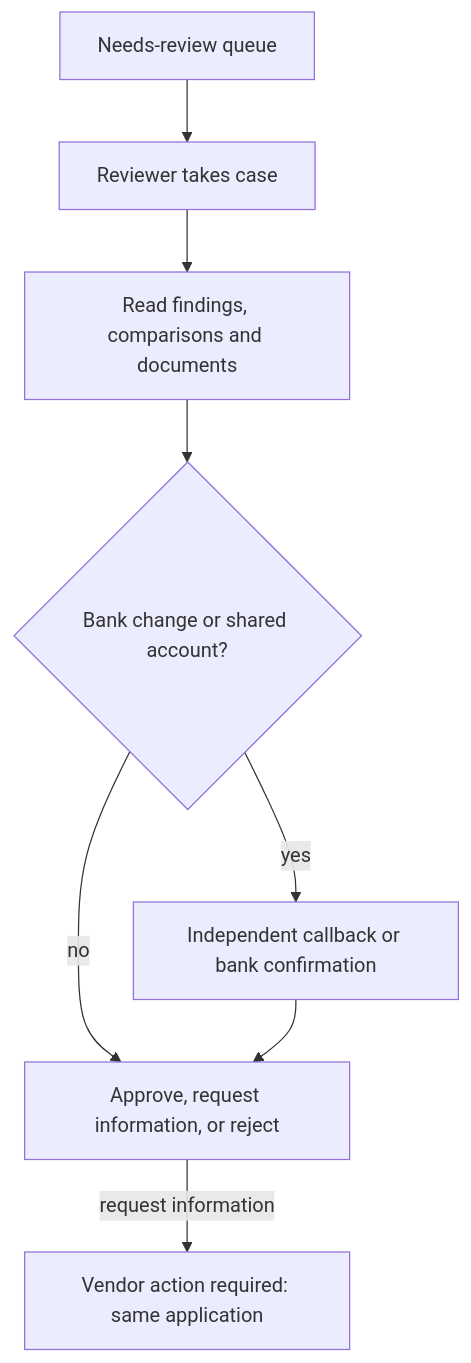
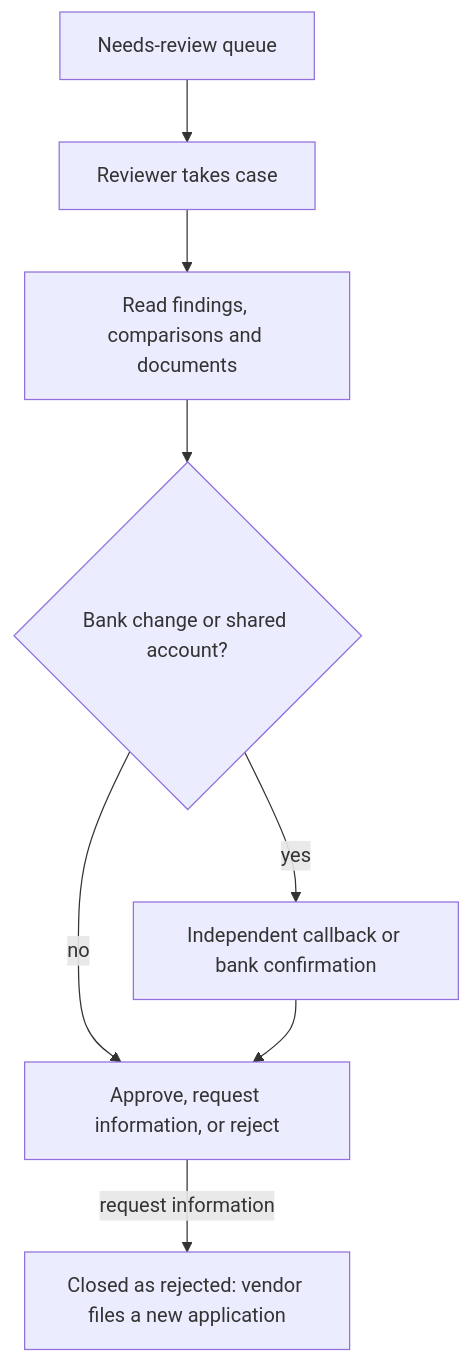
The fourth of 4 diagrams in docs/WORKFLOW.md (ShubhamK0802/vendor-onboarding-flask), drawn with Mermaid before and after one commit. The commit also changed other lines of this file and 23 other files, not shown here.

First line of the commit message:
Reject, then apply again: wrong input is rejected and closed; Pending means only Needs review

````diff
--- a/docs/WORKFLOW.md
+++ b/docs/WORKFLOW.md
@@ -61,10 +57,10 @@
 ```mermaid
 flowchart TD
     Q[Needs-review queue] --> T[Reviewer takes case]
     T --> E[Read findings, comparisons and documents]
     E --> R{Bank change or shared account?}
     R -->|no| D[Approve, request information, or reject]
     R -->|yes| IV[Independent callback or bank confirmation]
     IV --> D
-    D -->|request information| V[Vendor action required: same application]
+    D -->|request information| V[Closed as rejected: vendor files a new application]
 ```
````
